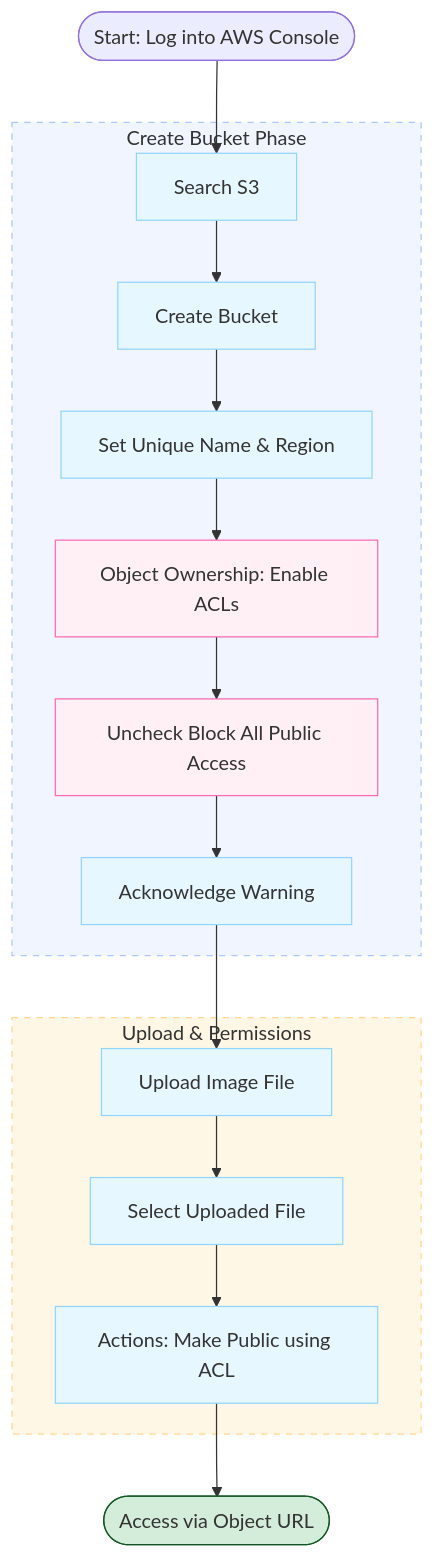
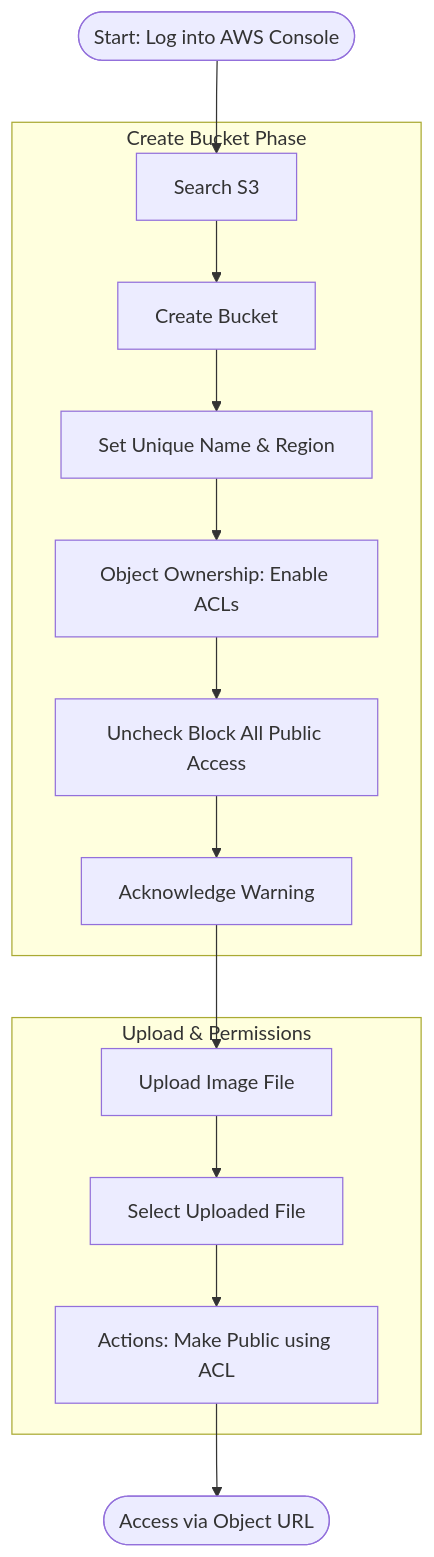
One commit to sujith-eag/sujith-library changed the first of 2 diagrams in docs/dev-cloud/cclab/lab_3.md. Above: the diagram before and after it, drawn with Mermaid. The commit also changed other lines of this file and 41 other files, not shown here.

First line of the commit message:
Refactor diagrams and remove redundant styles in documentation

````diff
--- a/docs/dev-cloud/cclab/lab_3.md
+++ b/docs/dev-cloud/cclab/lab_3.md
@@ -11,31 +11,20 @@
 ```mermaid
 flowchart TD
     Start([Start: Log into AWS Console]) --> Search[Search S3]
     
     subgraph Bucket_Creation [" Create Bucket Phase "]
         Search --> CreateB[Create Bucket]
         CreateB --> Config1[Set Unique Name & Region]
         Config1 --> Config2[Object Ownership: Enable ACLs]
         Config2 --> Config3[Uncheck Block All Public Access]
         Config3 --> Confirm[Acknowledge Warning]
     end
     
     subgraph Object_Management [" Upload & Permissions "]
         Confirm --> Upload[Upload Image File]
         Upload --> Select[Select Uploaded File]
         Select --> Action[Actions: Make Public using ACL]
     end
     
     Action --> Access([Access via Object URL])
-
-    classDef process fill:#e6f7ff,stroke:#91d5ff
-    classDef warning fill:#fff0f5,stroke:#ff69b4
-    classDef success fill:#d4edda,stroke:#155724
-
-    class Search,CreateB,Config1,Confirm,Upload,Select,Action process
-    class Config2,Config3 warning
-    class Access success
-
-    style Bucket_Creation fill:#f0f5ff,stroke:#adc6ff,stroke-dasharray: 5 5
-    style Object_Management fill:#fff7e6,stroke:#ffd591,stroke-dasharray: 5 5
 ```
````
